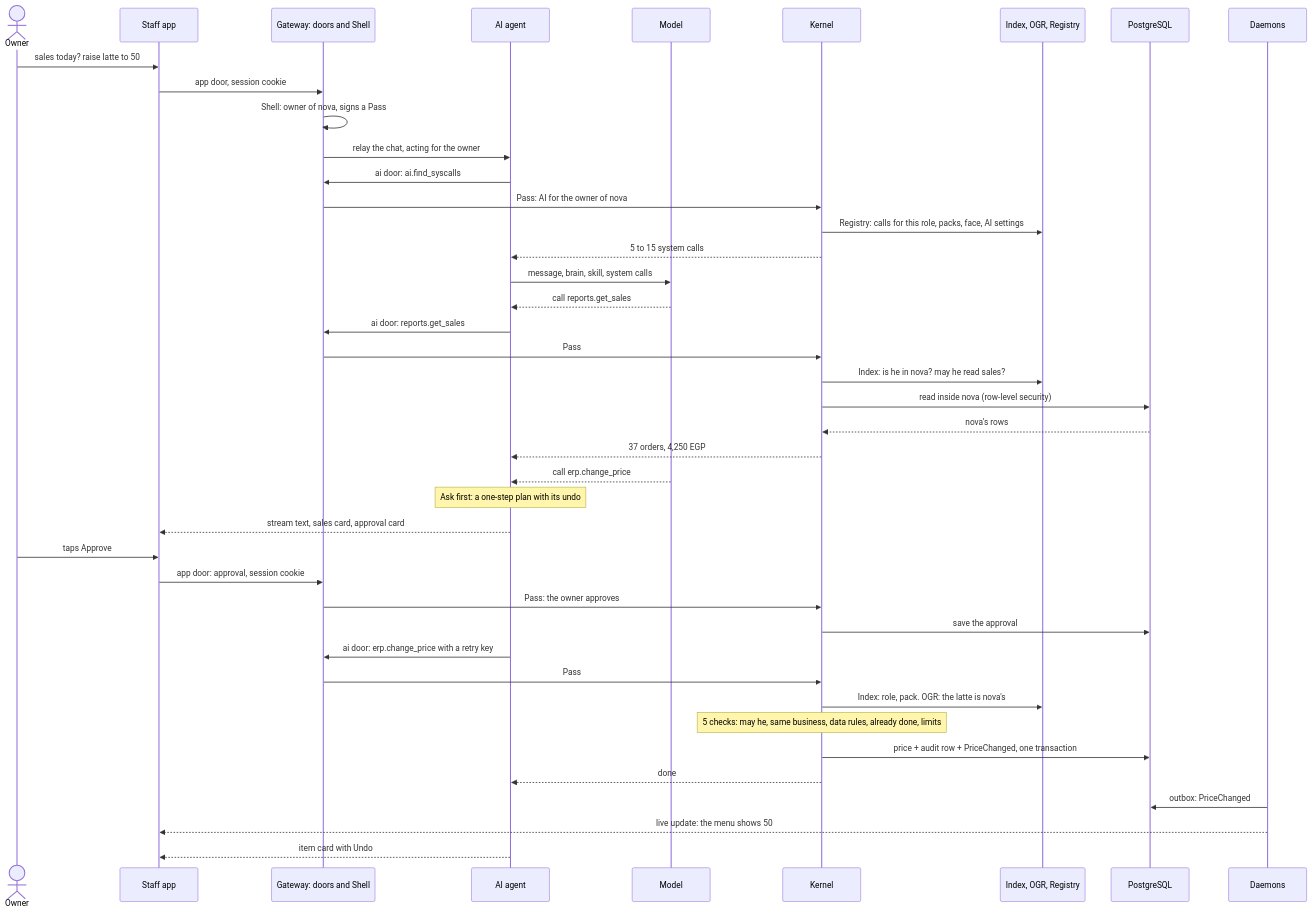
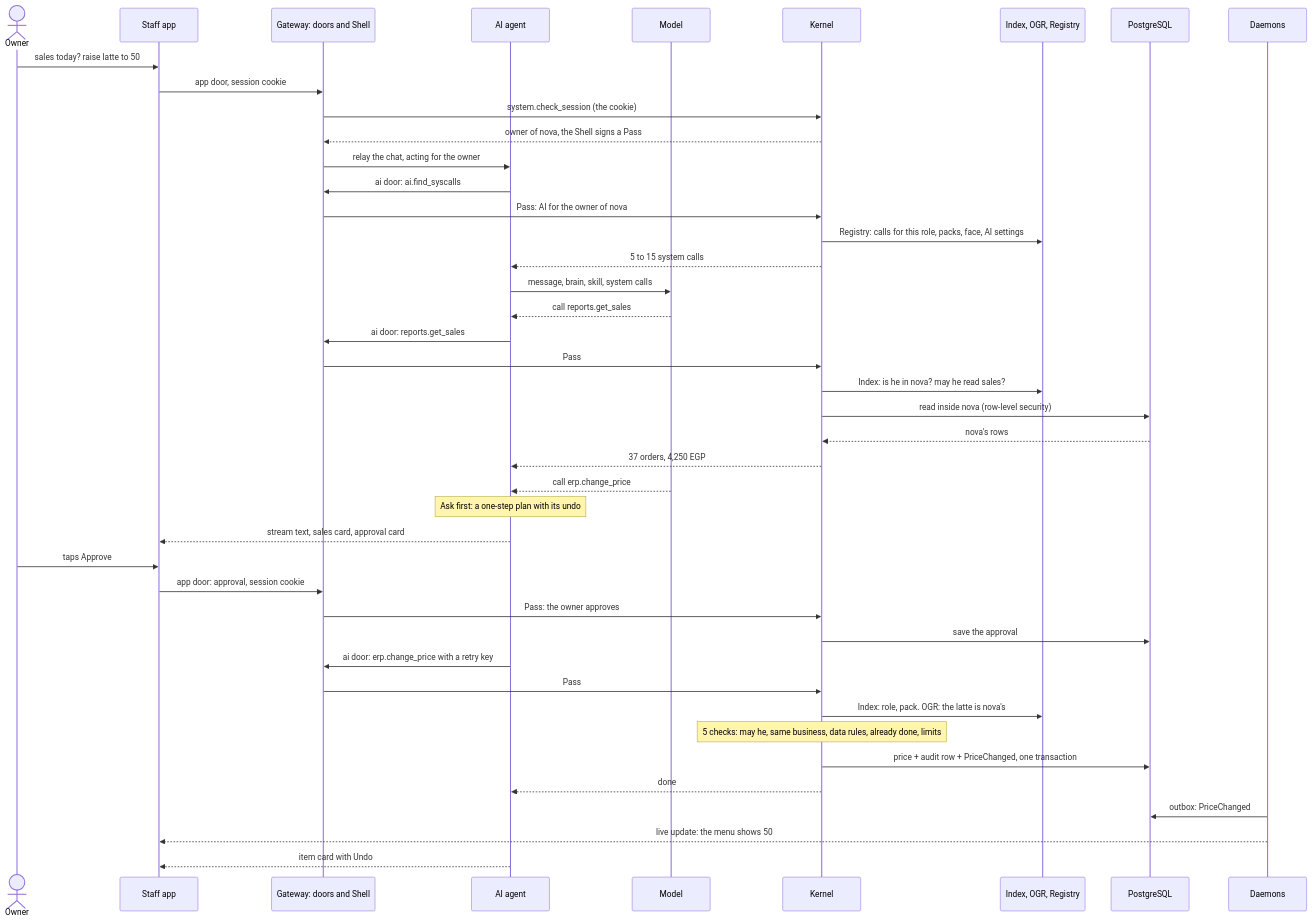
The fourth of 12 diagrams in technical-structure.md (puagraduationproject/graduationproject), drawn with Mermaid before and after one commit. The commit also changed other lines of this file and 1 other file, not shown here.

First line of the commit message:
Design: Login and the Shell; everything goes through the Kernel, even log-in

````diff
--- a/technical-structure.md
+++ b/technical-structure.md
@@ -570,45 +611,46 @@
 ```mermaid
 sequenceDiagram
   actor A as Owner
   participant W as Staff app
   participant S as Gateway: doors and Shell
   participant G as AI agent
   participant M as Model
   participant K as Kernel
   participant X as Index, OGR, Registry
   participant DB as PostgreSQL
   participant D as Daemons
 
   A->>W: sales today? raise latte to 50
   W->>S: app door, session cookie
-  S->>S: Shell: owner of nova, signs a Pass
+  S->>K: system.check_session (the cookie)
+  K-->>S: owner of nova, the Shell signs a Pass
   S->>G: relay the chat, acting for the owner
   G->>S: ai door: ai.find_syscalls
   S->>K: Pass: AI for the owner of nova
   K->>X: Registry: calls for this role, packs, face, AI settings
   K-->>G: 5 to 15 system calls
   G->>M: message, brain, skill, system calls
   M-->>G: call reports.get_sales
   G->>S: ai door: reports.get_sales
   S->>K: Pass
   K->>X: Index: is he in nova? may he read sales?
   K->>DB: read inside nova (row-level security)
   DB-->>K: nova's rows
   K-->>G: 37 orders, 4,250 EGP
   M-->>G: call erp.change_price
   Note over G: Ask first: a one-step plan with its undo
   G-->>W: stream text, sales card, approval card
   A->>W: taps Approve
   W->>S: app door: approval, session cookie
   S->>K: Pass: the owner approves
   K->>DB: save the approval
   G->>S: ai door: erp.change_price with a retry key
   S->>K: Pass
   K->>X: Index: role, pack. OGR: the latte is nova's
   Note over K: 5 checks: may he, same business, data rules, already done, limits
   K->>DB: price + audit row + PriceChanged, one transaction
   K-->>G: done
   D->>DB: outbox: PriceChanged
   D-->>W: live update: the menu shows 50
   G-->>W: item card with Undo
 ```
````
